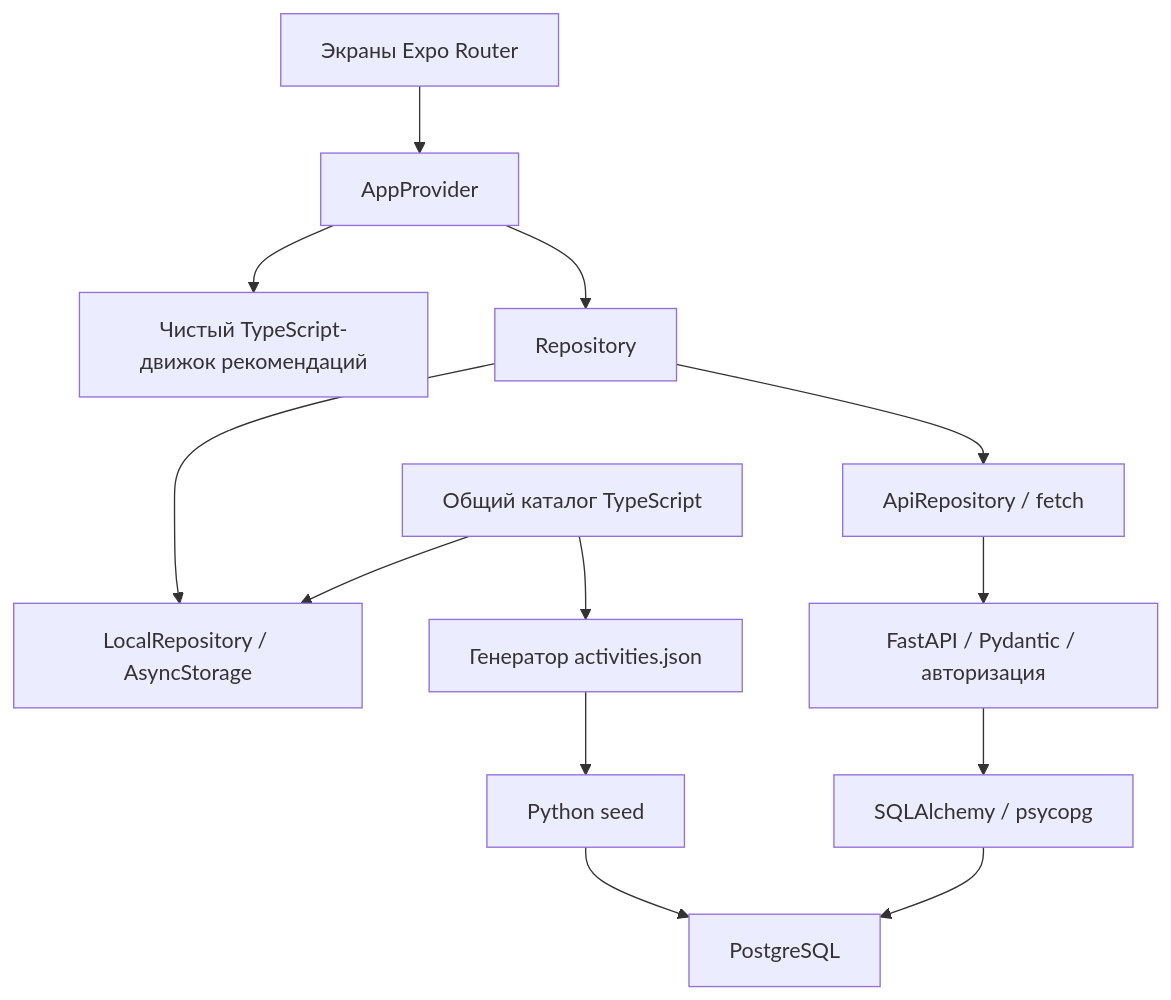
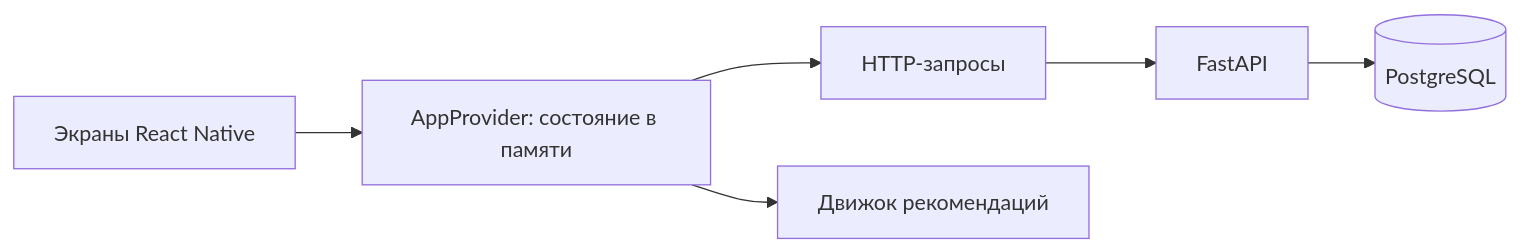
One commit to tishelka/chtodalshe changed the diagram in ARCHITECTURE.md. Above: the diagram before and after it, drawn with Mermaid. The commit also changed other lines of this file and 47 other files, not shown here.

````diff
--- a/ARCHITECTURE.md
+++ b/ARCHITECTURE.md
@@ -5,15 +3,8 @@
 ```mermaid
-flowchart TD
-  UI[Экраны Expo Router] --> State[AppProvider]
-  State --> Engine[Чистый TypeScript-движок рекомендаций]
-  State --> Repo[Repository]
-  Repo --> Local[LocalRepository / AsyncStorage]
-  Repo --> HTTP[ApiRepository / fetch]
-  HTTP --> API[FastAPI / Pydantic / авторизация]
-  API --> ORM[SQLAlchemy / psycopg]
-  ORM --> DB[PostgreSQL]
-  Catalog[Общий каталог TypeScript] --> Local
-  Catalog --> JSON[Генератор activities.json]
-  JSON --> Seed[Python seed]
-  Seed --> DB
+flowchart LR
+  Screens[Экраны React Native] --> State[AppProvider: состояние в памяти]
+  State --> HTTP[HTTP-запросы]
+  HTTP --> API[FastAPI]
+  API --> DB[(PostgreSQL)]
+  State --> Engine[Движок рекомендаций]
 ```
````
